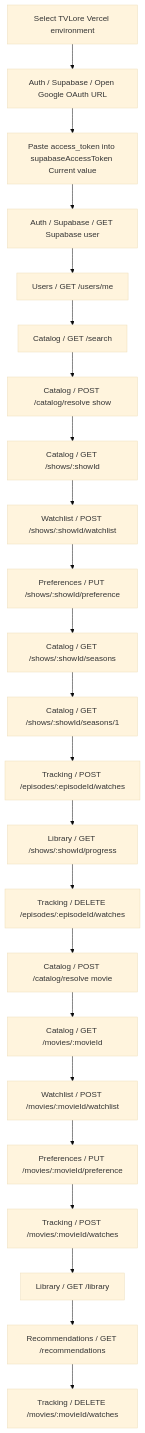
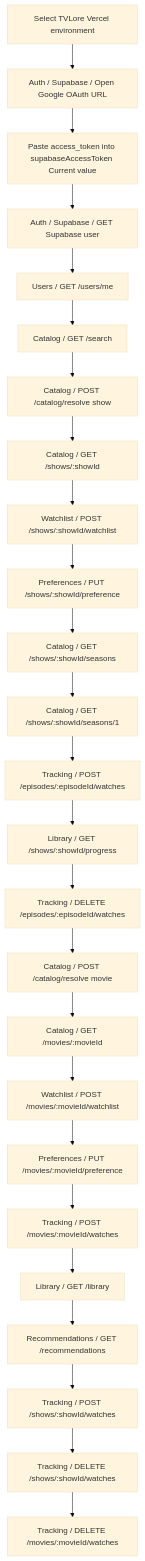
The ninth of 9 diagrams in docs/current-state.md (luiskabal/tvlore), drawn with Mermaid (base theme) before and after one commit. The commit also changed other lines of this file and 19 other files, not shown here.

Commit message:
feat(tracking): add show bulk watches

````diff
--- a/docs/current-state.md
+++ b/docs/current-state.md
@@ -647,49 +652,53 @@
 ```mermaid
 flowchart TB
   Env[Select TVLore Vercel environment]
   Login[Auth / Supabase / Open Google OAuth URL]
   Token[Paste access_token into supabaseAccessToken Current value]
   Validate[Auth / Supabase / GET Supabase user]
   Me[Users / GET /users/me]
   Search[Catalog / GET /search]
   ResolveShow[Catalog / POST /catalog/resolve show]
   Show[Catalog / GET /shows/:showId]
   Seasons[Catalog / GET /shows/:showId/seasons]
   Season[Catalog / GET /shows/:showId/seasons/1]
   EpisodeWatch[Tracking / POST /episodes/:episodeId/watches]
   Progress[Library / GET /shows/:showId/progress]
   EpisodeUnwatch[Tracking / DELETE /episodes/:episodeId/watches]
   ResolveMovie[Catalog / POST /catalog/resolve movie]
   Movie[Catalog / GET /movies/:movieId]
   MovieWatch[Tracking / POST /movies/:movieId/watches]
   ShowWatchlist[Watchlist / POST /shows/:showId/watchlist]
   ShowRating[Preferences / PUT /shows/:showId/preference]
   MovieWatchlist[Watchlist / POST /movies/:movieId/watchlist]
   MovieRating[Preferences / PUT /movies/:movieId/preference]
   Library[Library / GET /library]
   Recommendations[Recommendations / GET /recommendations]
+  ShowBulkWatch[Tracking / POST /shows/:showId/watches]
+  ShowBulkUnwatch[Tracking / DELETE /shows/:showId/watches]
   MovieUnwatch[Tracking / DELETE /movies/:movieId/watches]
 
   Env --> Login
   Login --> Token
   Token --> Validate
   Validate --> Me
   Me --> Search
   Search --> ResolveShow
   ResolveShow --> Show
   Show --> ShowWatchlist
   ShowWatchlist --> ShowRating
   ShowRating --> Seasons
   Seasons --> Season
   Season --> EpisodeWatch
   EpisodeWatch --> Progress
   Progress --> EpisodeUnwatch
   EpisodeUnwatch --> ResolveMovie
   ResolveMovie --> Movie
   Movie --> MovieWatchlist
   MovieWatchlist --> MovieRating
   MovieRating --> MovieWatch
   MovieWatch --> Library
   Library --> Recommendations
-  Recommendations --> MovieUnwatch
+  Recommendations --> ShowBulkWatch
+  ShowBulkWatch --> ShowBulkUnwatch
+  ShowBulkUnwatch --> MovieUnwatch
 ```
````
